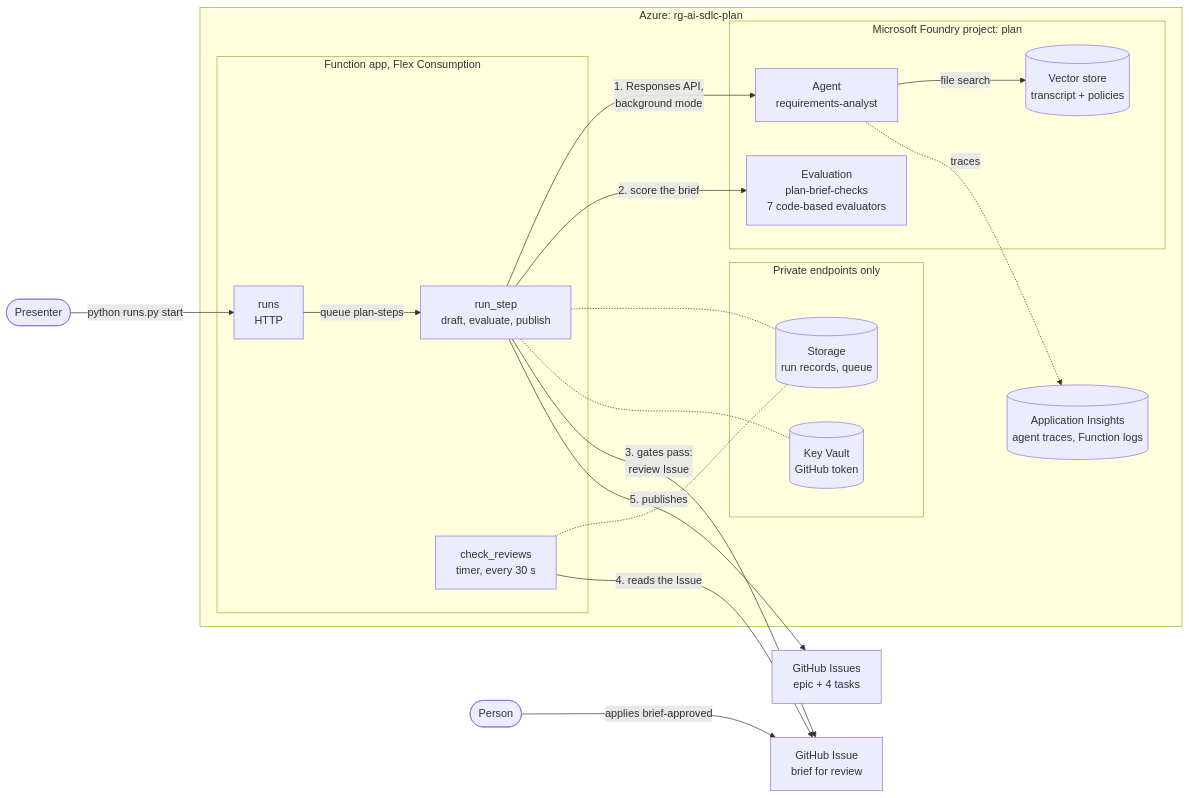
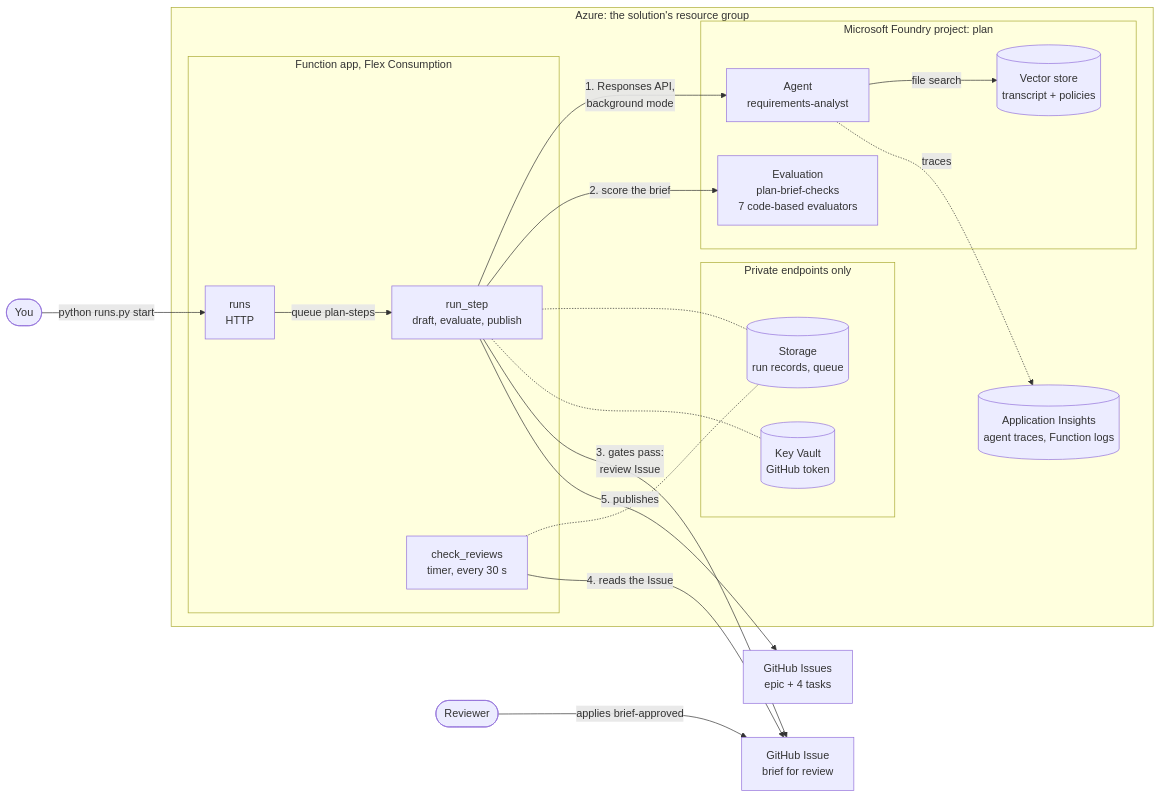
Before and after one commit to melabadi/adept-assessment-northstars: the diagram in solutions/01-plan-microsoft/README.md, drawn with Mermaid. The commit also changed other lines of this file and 6 other files, not shown here.

````diff
--- a/solutions/01-plan-microsoft/README.md
+++ b/solutions/01-plan-microsoft/README.md
@@ -23,29 +35,29 @@
 ```mermaid
 flowchart LR
-  P([Presenter]) -->|python runs.py start| H
-  subgraph Azure["Azure: rg-ai-sdlc-plan"]
+  You([You]) -->|python runs.py start| H
+  subgraph Azure["Azure: the solution's resource group"]
     subgraph F["Function app, Flex Consumption"]
       H[runs<br/>HTTP] -->|queue plan-steps| S[run_step<br/>draft, evaluate, publish]
       T[check_reviews<br/>timer, every 30 s]
     end
     subgraph Private["Private endpoints only"]
       R[(Storage<br/>run records, queue)]
       K[(Key Vault<br/>GitHub token)]
     end
     subgraph Foundry["Microsoft Foundry project: plan"]
       A[Agent<br/>requirements-analyst] -- file search --> VS[(Vector store<br/>transcript + policies)]
       E[Evaluation<br/>plan-brief-checks<br/>7 code-based evaluators]
     end
     AI[(Application Insights<br/>agent traces, Function logs)]
     S -->|1. Responses API,<br/>background mode| A
     S -->|2. score the brief| E
     S -.- R
     T -.- R
     S -.- K
     A -. traces .-> AI
   end
   S -->|3. gates pass:<br/>review Issue| I[GitHub Issue<br/>brief for review]
-  Hu([Person]) -->|applies brief-approved| I
+  Hu([Reviewer]) -->|applies brief-approved| I
   T -->|4. reads the Issue| I
   S -->|5. publishes| B[GitHub Issues<br/>epic + 4 tasks]
 ```
````
